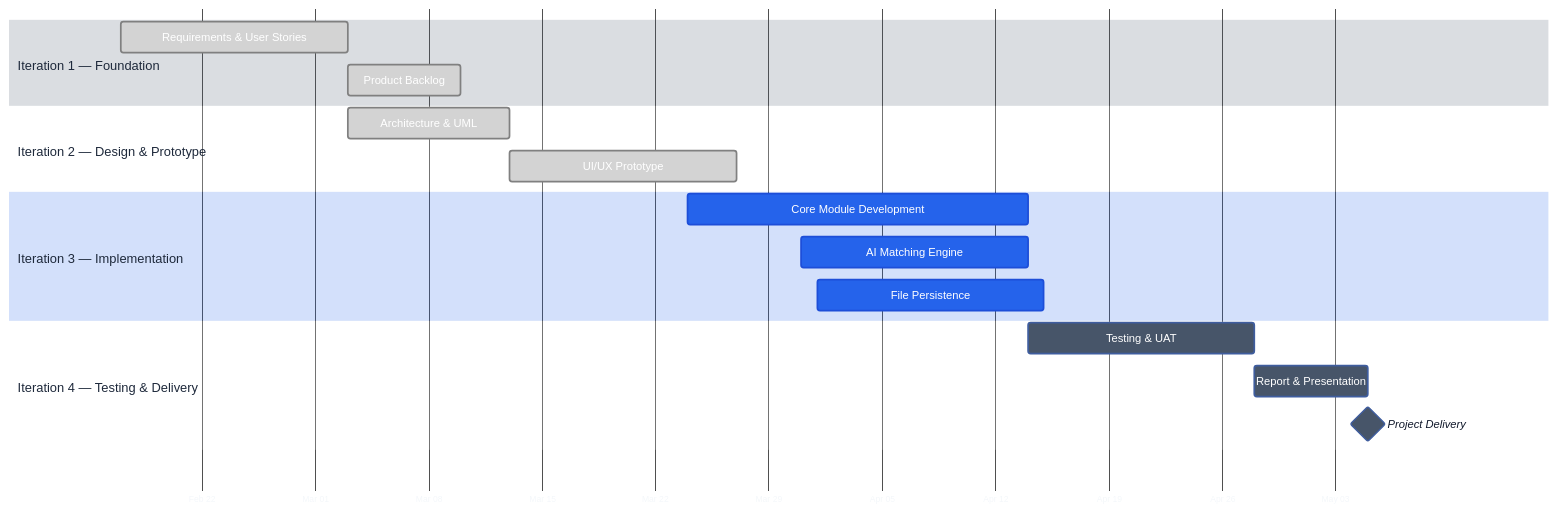
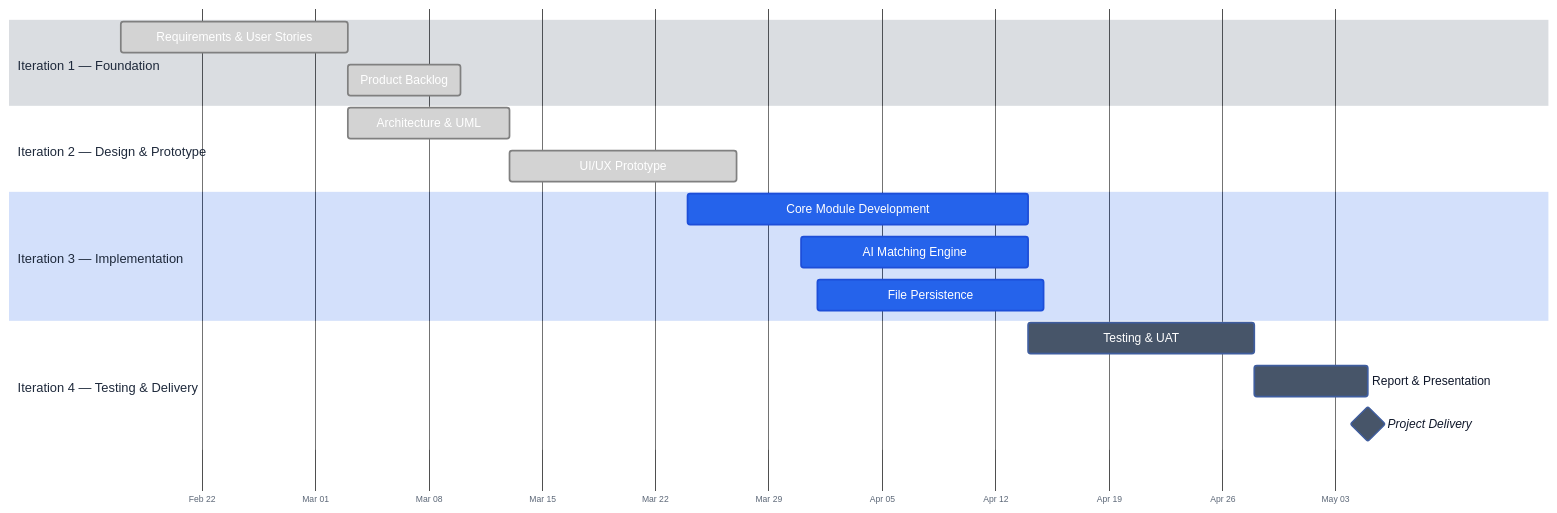
The second of 2 diagrams in README.md (easyknowledge/Teaching-Assistant-Recruitment-System), drawn with Mermaid before and after one commit.

Commit message:
Modify theme colors in Smart-TA roadmap diagram
Updated theme colors and styles in the roadmap diagram.

````diff
--- a/README.md
+++ b/README.md
@@ -201,24 +201,25 @@
 ```mermaid
-%%{init: {'theme':'base','themeVariables':{'primaryColor':'#2563eb','primaryTextColor':'#ffffff','secondaryColor':'#64748b','tertiaryColor':'#475569','lineColor':'#94a3b8','textColor':'#f1f5f9','titleColor':'#1e293b','taskBkgColor':'#475569','taskTextColor':'#ffffff','taskTextLightColor':'#ffffff','taskTextDarkColor':'#ffffff','taskTextOutsideColor':'#0f172a','activeTaskBkgColor':'#2563eb','activeTaskBorderColor':'#1d4ed8','gridColor':'#334155','todayLineColor':'#ef4444'},'gantt':{'useWidth':2000,'useMaxWidth':true,'leftPadding':130,'rightPadding':420,'barHeight':36,'barGap':14,'fontSize':13,'sectionFontSize':15,'titleTopMargin':20,'topPadding':96}}}%%
+%%{init: {'theme':'base','themeVariables':{'primaryColor':'#2563eb','primaryTextColor':'#ffffff','secondaryColor':'#64748b','tertiaryColor':'#475569','lineColor':'#94a3b8','textColor':'#334155','titleColor':'#1e293b','taskBkgColor':'#475569','taskTextColor':'#ffffff','taskTextLightColor':'#ffffff','taskTextDarkColor':'#ffffff','taskTextOutsideColor':'#0f172a','activeTaskBkgColor':'#2563eb','activeTaskBorderColor':'#1d4ed8','gridColor':'#cbd5e1','todayLineColor':'#94a3b8'},'gantt':{'useWidth':2000,'useMaxWidth':true,'leftPadding':130,'rightPadding':420,'barHeight':36,'barGap':14,'fontSize':14,'sectionFontSize':15,'titleTopMargin':20,'topPadding':96}}}%%
 gantt
     dateFormat  YYYY-MM-DD
     axisFormat  %b %d
+    todayMarker stroke-width:1.5px,stroke:#2563eb,opacity:0.42,stroke-dasharray:6 5,stroke-linecap:round
 
     section Iteration 1 — Foundation
     Requirements & User Stories                     :done, i1a, 2026-02-17, 14d
     Product Backlog                                 :done, i1b, after i1a, 7d
 
     section Iteration 2 — Design & Prototype
     Architecture & UML                              :done, i2a, 2026-03-03, 10d
     UI/UX Prototype                                 :done, i2b, after i2a, 14d
 
     section Iteration 3 — Implementation
     Core Module Development                         :active, i3a, 2026-03-24, 21d
     AI Matching Engine                              :active, i3b, 2026-03-31, 14d
     File Persistence                                :active, i3c, 2026-04-01, 14d
 
     section Iteration 4 — Testing & Delivery
     Testing & UAT                                   :i4a, 2026-04-14, 14d
     Report & Presentation                           :i4b, after i4a, 7d
     Project Delivery                                :milestone, 2026-05-05, 0d
 ```
````
